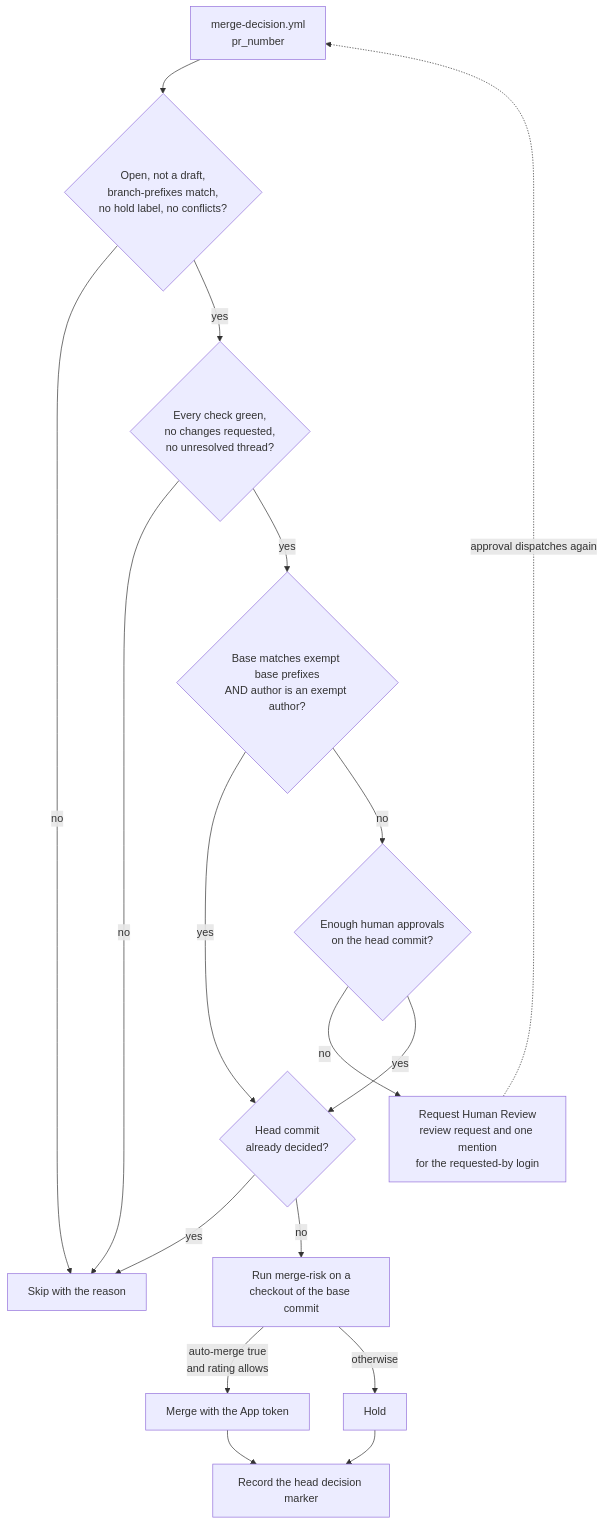
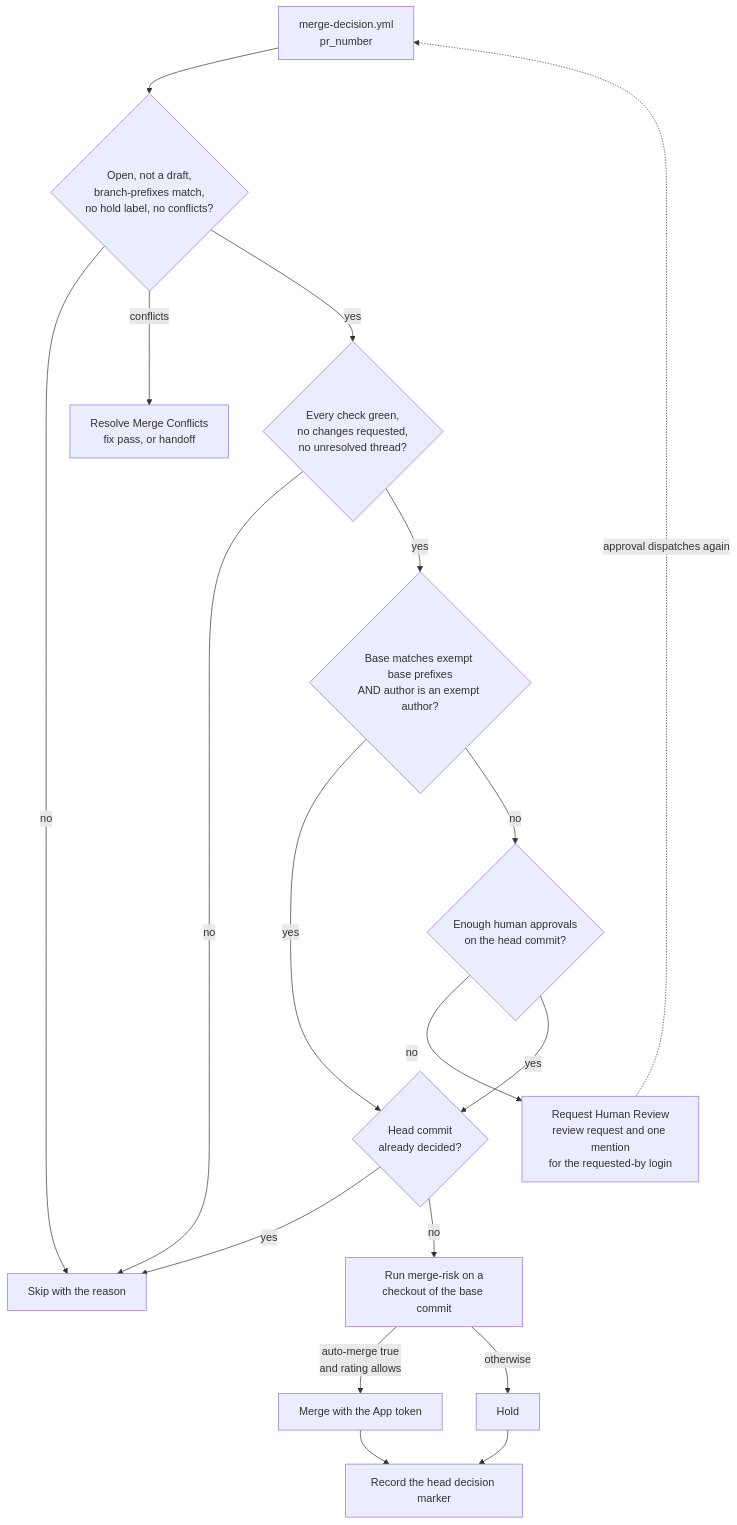
Before and after one commit to fbrissi/github-actions: the third of 10 diagrams in README.md, drawn with Mermaid. The commit also changed other lines of this file and 6 other files, not shown here.

````diff
--- a/README.md
+++ b/README.md
@@ -562,19 +567,20 @@
 ```mermaid
 flowchart TD
   start["merge-decision.yml<br/>pr_number"] --> g1{"Open, not a draft,<br/>branch-prefixes match,<br/>no hold label, no conflicts?"}
   g1 -- "no" --> skip["Skip with the reason"]
+  g1 -- "conflicts" --> conf["Resolve Merge Conflicts<br/>fix pass, or handoff"]
   g1 -- "yes" --> g2{"Every check green,<br/>no changes requested,<br/>no unresolved thread?"}
   g2 -- "no" --> skip
   g2 -- "yes" --> ex{"Base matches exempt base prefixes<br/>AND author is an exempt author?"}
   ex -- "yes" --> g4{"Head commit<br/>already decided?"}
   ex -- "no" --> appr{"Enough human approvals<br/>on the head commit?"}
   appr -- "no" --> req["Request Human Review<br/>review request and one mention<br/>for the requested-by login"]
   req -. "approval dispatches again" .-> start
   appr -- "yes" --> g4
   g4 -- "yes" --> skip
   g4 -- "no" --> risk["Run merge-risk on a<br/>checkout of the base commit"]
   risk -- "auto-merge true<br/>and rating allows" --> merged["Merge with the App token"]
   risk -- "otherwise" --> hold["Hold"]
   merged --> rec["Record the head decision marker"]
   hold --> rec
 ```
````
